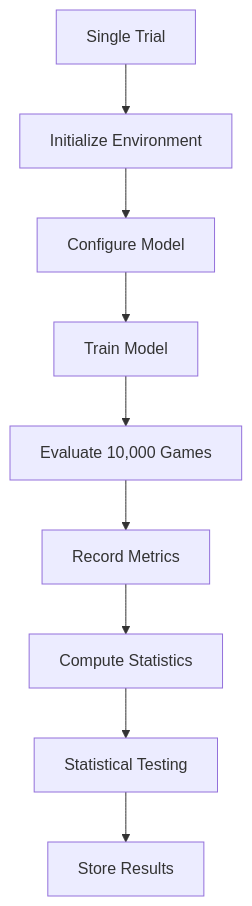
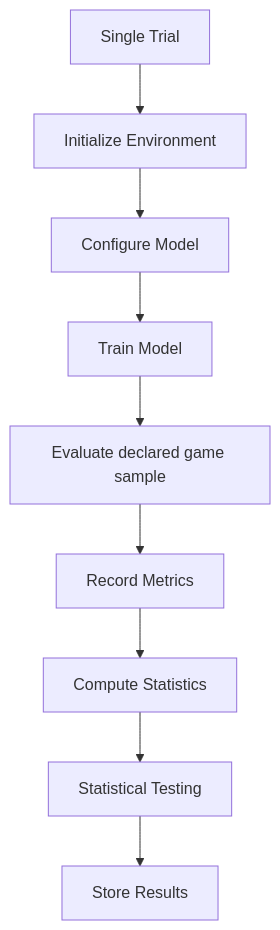
One commit to Evintkoo/2048-ml changed the third of 4 diagrams in plans/08-Research-Report/02-Methodology/01-experimental-design.md. Above: the diagram before and after it, drawn with Mermaid. The commit also changed other lines of this file and 144 other files, not shown here.

````diff
--- a/plans/08-Research-Report/02-Methodology/01-experimental-design.md
+++ b/plans/08-Research-Report/02-Methodology/01-experimental-design.md
@@ -101,11 +101,11 @@
 ```mermaid
 flowchart TD
     A[Single Trial] --> B[Initialize Environment]
     B --> C[Configure Model]
     C --> D[Train Model]
-    D --> E[Evaluate 10,000 Games]
+    D --> E[Evaluate declared game sample]
     E --> F[Record Metrics]
     F --> G[Compute Statistics]
     G --> H[Statistical Testing]
     H --> I[Store Results]
 ```
````
